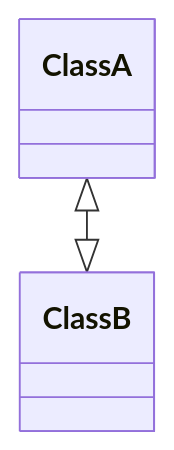
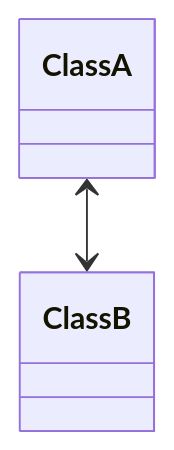
One commit to 8bitdev256/howto changed the second of 3 diagrams in OOP - UML.md. Above: the diagram before and after it, drawn with Mermaid. The commit also changed other lines of this file, not shown here.

Commit message:
FEAT: Update OOP - UML.md

````diff
--- a/OOP - UML.md
+++ b/OOP - UML.md
@@ -24,12 +24,12 @@
 ```mermaid
 classDiagram
     class ClassA {
 
     }
 
     class ClassB {
 
     }
 
-    ClassA <|--|> ClassB
+    ClassA <--> ClassB
 ```
````
